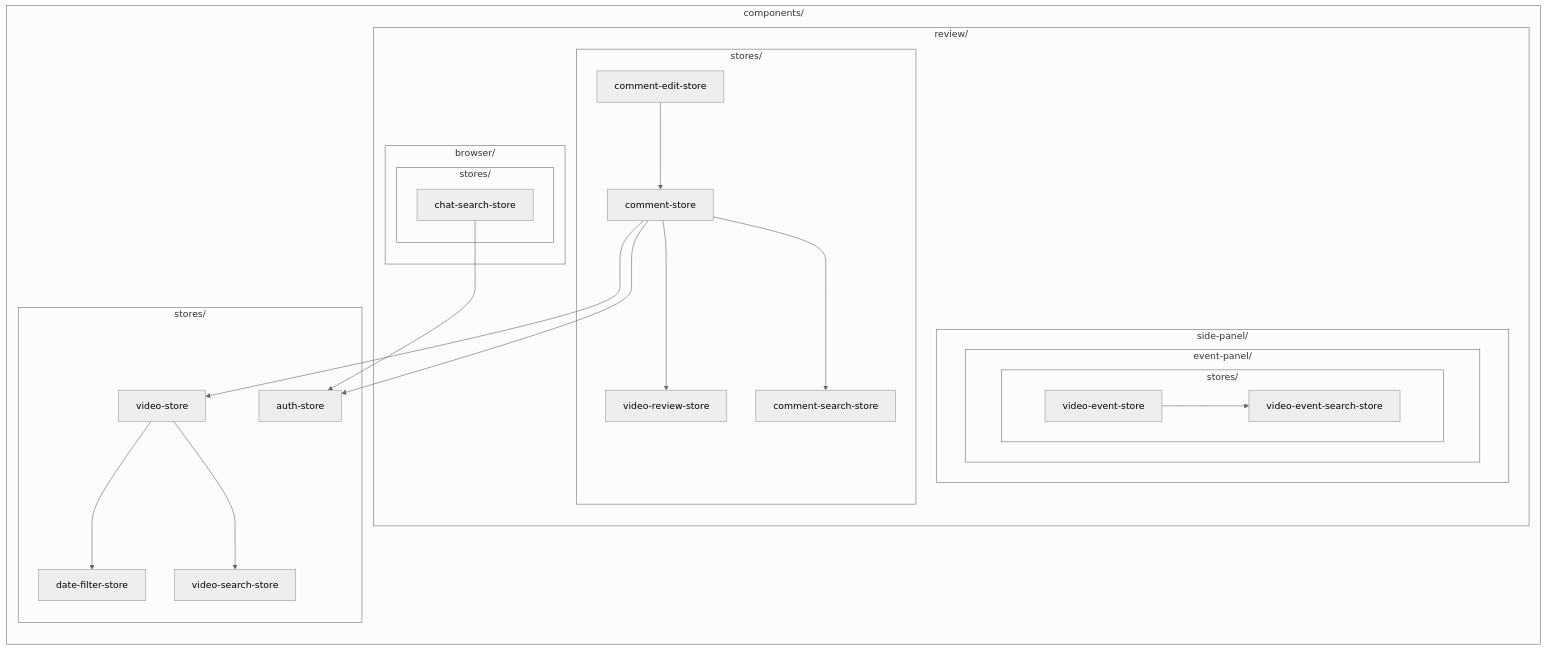
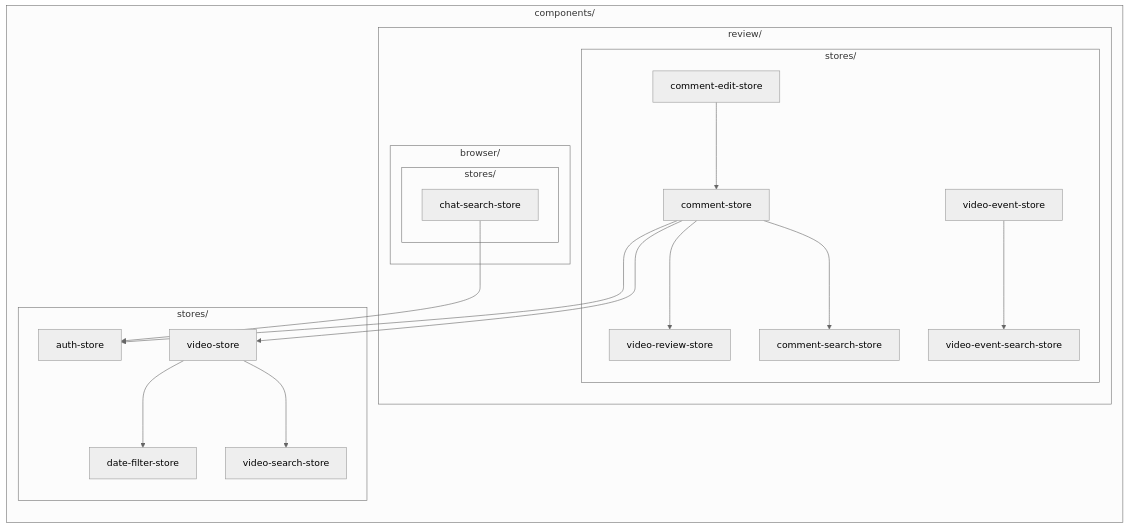
The third of 3 diagrams in documents/development/frontend-map.jp.md (arita-yuto/video-review), drawn with Mermaid (neutral theme) before and after one commit. The commit also changed other lines of this file and 7 other files, not shown here.

Commit message:
refactor: the event stores move to review/stores because the review page reads them for the event deep link, which goes back to fetchVideoEvents

````diff
--- a/documents/development/frontend-map.jp.md
+++ b/documents/development/frontend-map.jp.md
@@ -93,43 +93,37 @@
 ```mermaid
 %%{init: {"flowchart": {"wrappingWidth": 400}}}%%
 flowchart LR
     subgraph components["components/"]
         subgraph s0["stores/"]
             auth[auth-store]
             video[video-store]
             datef[date-filter-store]
             vsearch[video-search-store]
         end
         subgraph review["review/"]
             subgraph s1["stores/"]
                 comment[comment-store]
                 cedit[comment-edit-store]
                 csearch[comment-search-store]
                 vreview[video-review-store]
+                vevent[video-event-store]
+                vesearch[video-event-search-store]
             end
             subgraph browser["browser/"]
                 subgraph s2["stores/"]
                     chat[chat-search-store]
-                end
-            end
-            subgraph side["side-panel/"]
-                subgraph event["event-panel/"]
-                    subgraph s4["stores/"]
-                        vevent[video-event-store]
-                        vesearch[video-event-search-store]
-                    end
                 end
             end
         end
     end
 
     video --> datef
     video --> vsearch
     comment --> auth
     comment --> video
     comment --> vreview
     comment --> csearch
     cedit --> comment
     chat --> auth
     vevent --> vesearch
 ```
````
